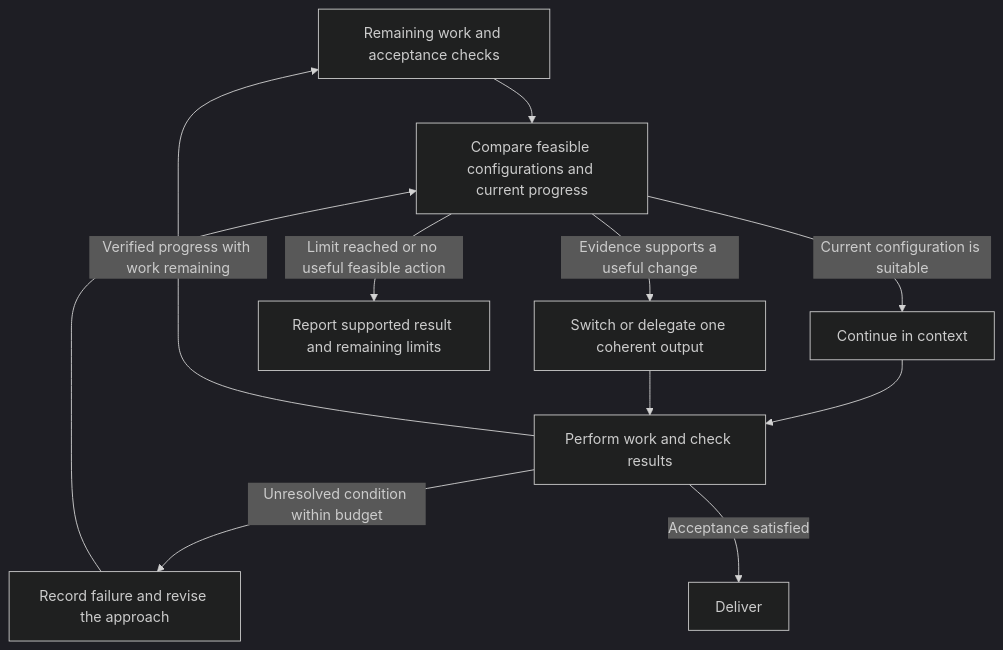
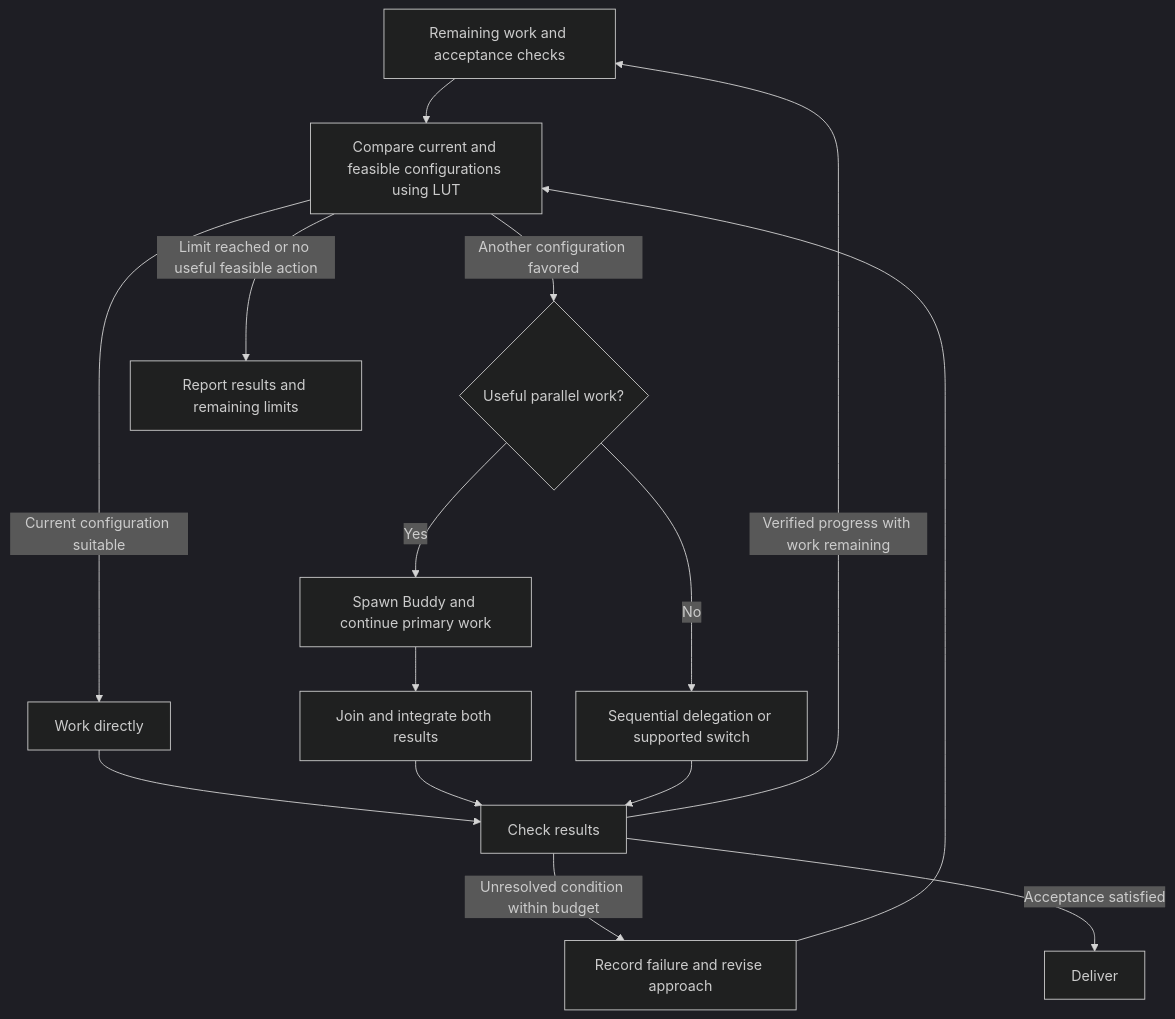
One commit to Unjuno/AgentMD changed the diagram in README.md. Above: the diagram before and after it, drawn with Mermaid (dark theme). The commit also changed other lines of this file and 3 other files, not shown here.

````diff
--- a/README.md
+++ b/README.md
@@ -7,13 +7,17 @@
 ```mermaid
 flowchart TD
-    W[Remaining work and acceptance checks] --> C[Compare feasible configurations and current progress]
-    C -->|Current configuration is suitable| K[Continue in context]
-    C -->|Evidence supports a useful change| R[Switch or delegate one coherent output]
-    K --> V[Perform work and check results]
+    W[Remaining work and acceptance checks] --> C[Compare current and feasible configurations using LUT]
+    C -->|Current configuration suitable| K[Work directly]
+    C -->|Another configuration favored| P{Useful parallel work?}
+    P -->|Yes| B[Spawn Buddy and continue primary work]
+    P -->|No| R[Sequential delegation or supported switch]
+    K --> V[Check results]
+    B --> J[Join and integrate both results]
+    J --> V
     R --> V
     V -->|Verified progress with work remaining| W
-    V -->|Unresolved condition within budget| F[Record failure and revise the approach]
+    V -->|Unresolved condition within budget| F[Record failure and revise approach]
     F --> C
     V -->|Acceptance satisfied| D[Deliver]
-    C -->|Limit reached or no useful feasible action| B[Report supported result and remaining limits]
+    C -->|Limit reached or no useful feasible action| Z[Report results and remaining limits]
 ```
````
